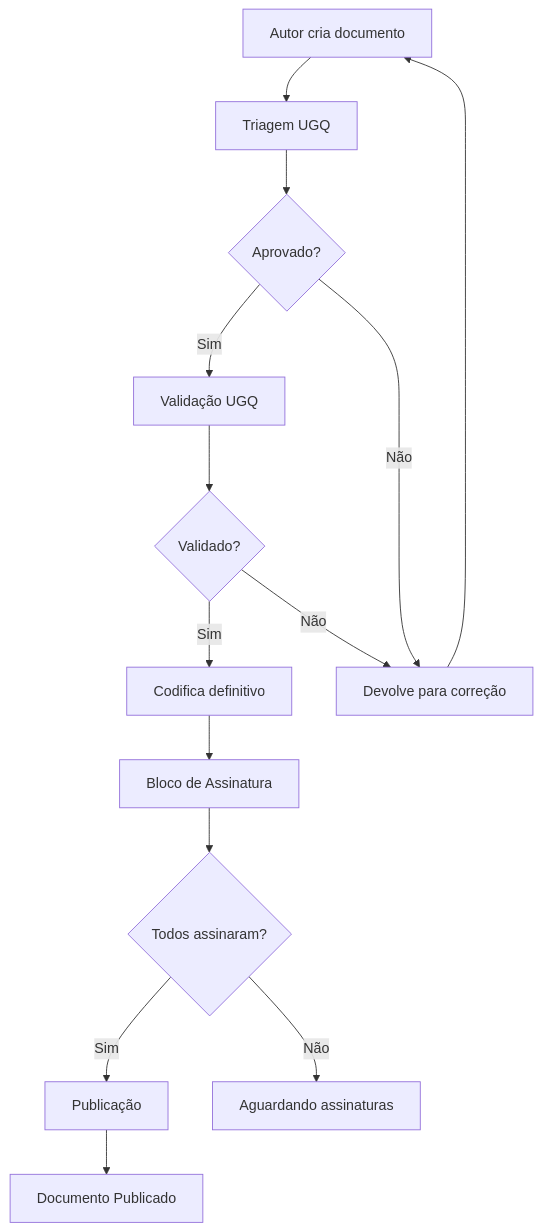
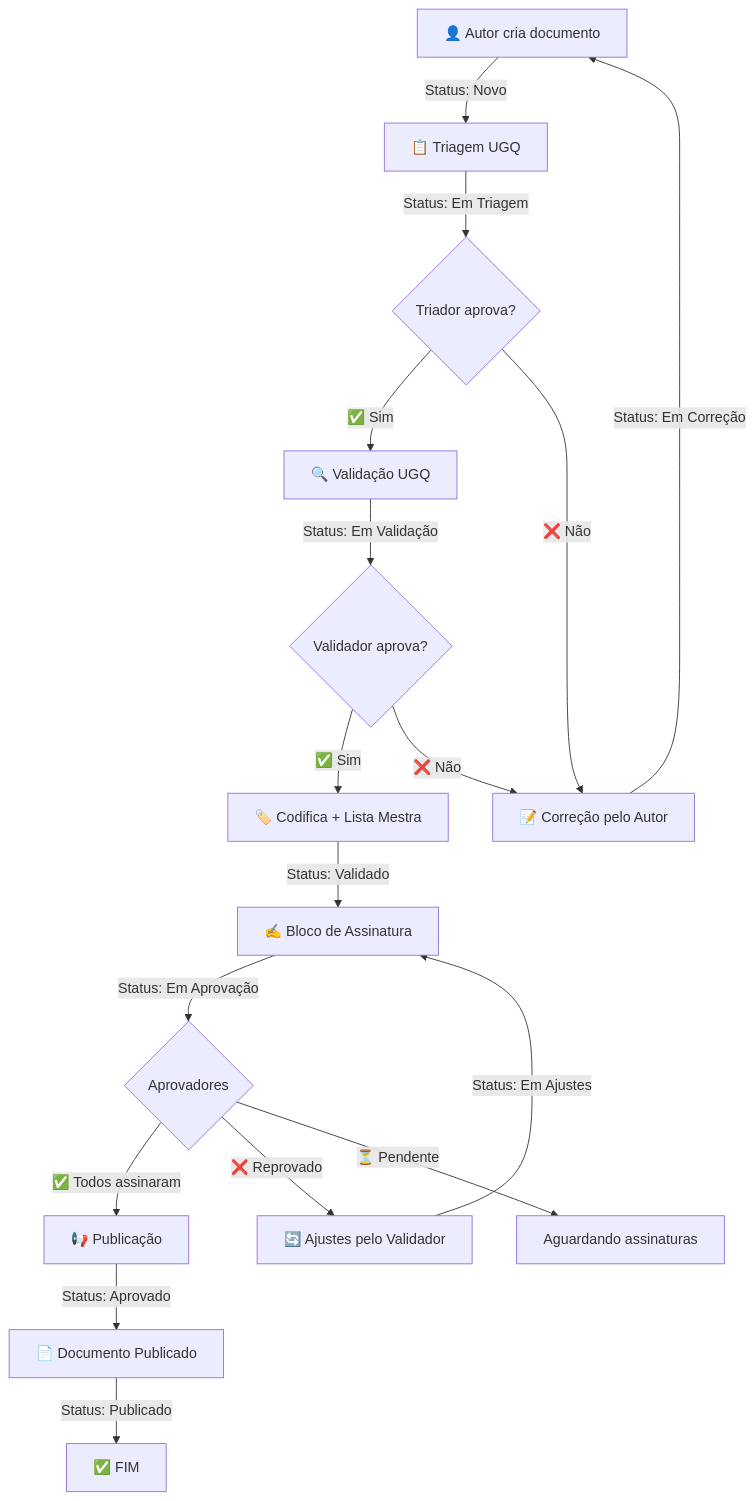
One commit to febaemanuel/ged changed the diagram in README.md. Above: the diagram before and after it, drawn with Mermaid. The commit also changed other lines of this file, not shown here.

First line of the commit message:
docs: Atualiza diagrama de workflow UGQ no README

````diff
--- a/README.md
+++ b/README.md
@@ -327,16 +331,19 @@
 ```mermaid
 graph TD
-    A[Autor cria documento] --> B[Triagem UGQ]
-    B --> C{Aprovado?}
-    C -->|Sim| D[Validação UGQ]
-    C -->|Não| E[Devolve para correção]
-    E --> A
-    D --> F{Validado?}
-    F -->|Sim| G[Codifica definitivo]
-    F -->|Não| E
-    G --> H[Bloco de Assinatura]
-    H --> I{Todos assinaram?}
-    I -->|Sim| J[Publicação]
-    I -->|Não| K[Aguardando assinaturas]
-    J --> L[Documento Publicado]
+    A[👤 Autor cria documento] -->|Status: Novo| B[📋 Triagem UGQ]
+    B -->|Status: Em Triagem| C{Triador aprova?}
+    C -->|✅ Sim| D[🔍 Validação UGQ]
+    C -->|❌ Não| E[📝 Correção pelo Autor]
+    E -->|Status: Em Correção| A
+    D -->|Status: Em Validação| F{Validador aprova?}
+    F -->|✅ Sim| G[🏷️ Codifica + Lista Mestra]
+    F -->|❌ Não| E
+    G -->|Status: Validado| H[✍️ Bloco de Assinatura]
+    H -->|Status: Em Aprovação| I{Aprovadores}
+    I -->|✅ Todos assinaram| J[📢 Publicação]
+    I -->|❌ Reprovado| K[🔄 Ajustes pelo Validador]
+    I -->|⏳ Pendente| L[Aguardando assinaturas]
+    K -->|Status: Em Ajustes| H
+    J -->|Status: Aprovado| M[📄 Documento Publicado]
+    M -->|Status: Publicado| N[✅ FIM]
 ```
````
